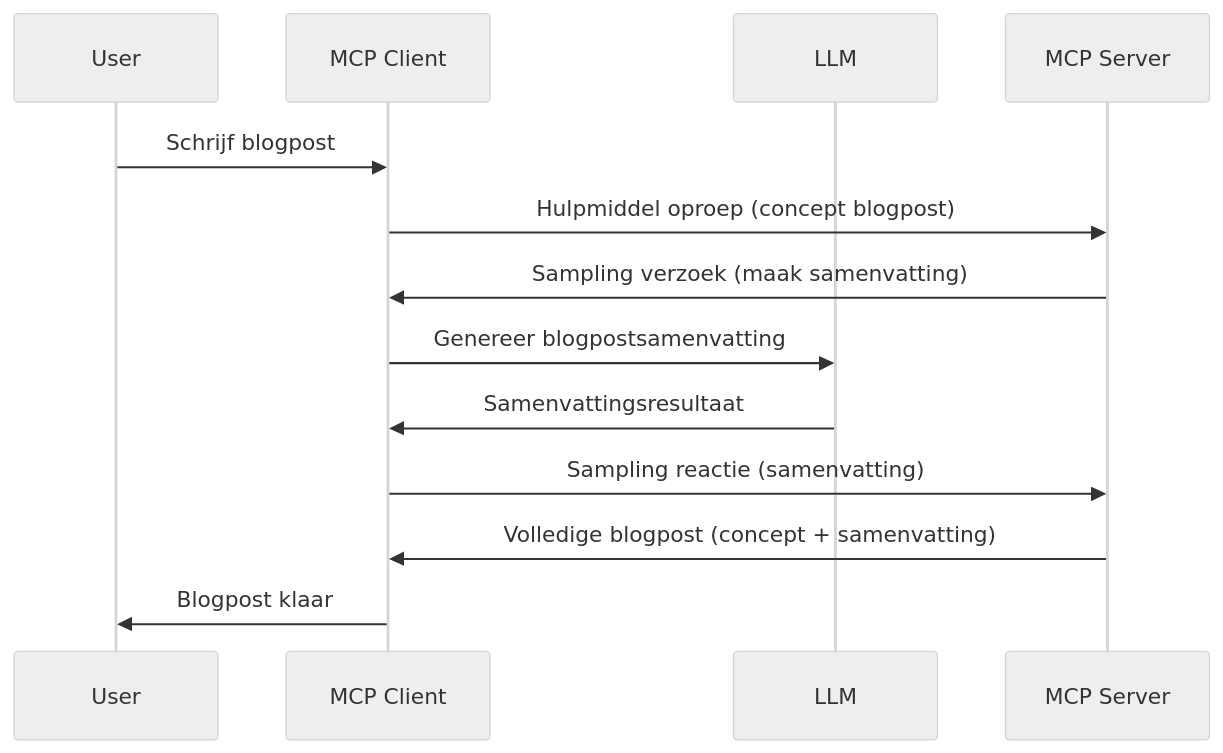
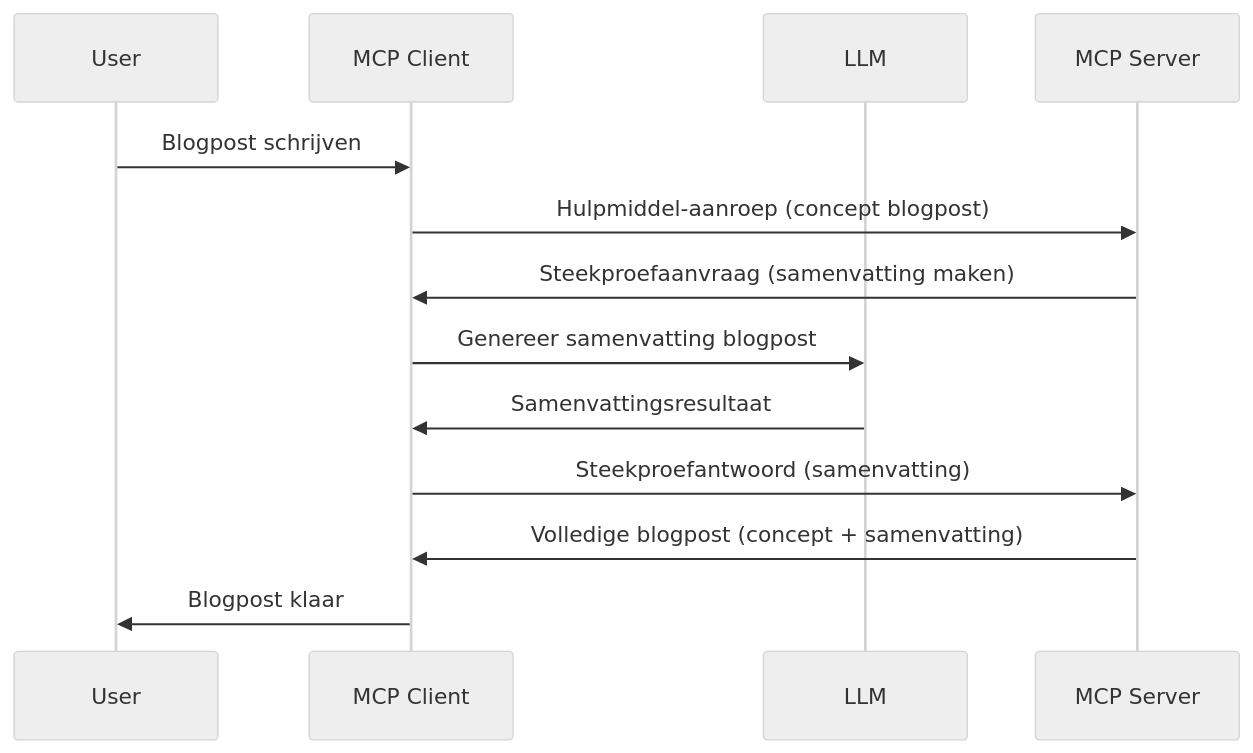
One commit to HIDORAKAI002/ai-workspace-archive changed the diagram in mcp_ecosystem__model_context_protocol/mcp_learning_resources/mcp-for-beginners/translations/nl/03-GettingStarted/14-sampling/README.md. Above: the diagram before and after it, drawn with Mermaid (neutral theme). The commit also changed other lines of this file and 1539 other files, not shown here.

````diff
--- a/mcp_ecosystem__model_context_protocol/mcp_learning_resources/mcp-for-beginners/translations/nl/03-GettingStarted/14-sampling/README.md
+++ b/mcp_ecosystem__model_context_protocol/mcp_learning_resources/mcp-for-beginners/translations/nl/03-GettingStarted/14-sampling/README.md
@@ -23,16 +23,16 @@
 ```mermaid
 sequenceDiagram
     participant User
     participant MCP Client
     participant LLM
     participant MCP Server
 
-    User->>MCP Client: Schrijf blogpost
-    MCP Client->>MCP Server: Hulpmiddel oproep (concept blogpost)
-    MCP Server->>MCP Client: Sampling verzoek (maak samenvatting)
-    MCP Client->>LLM: Genereer blogpostsamenvatting
+    User->>MCP Client: Blogpost schrijven
+    MCP Client->>MCP Server: Hulpmiddel-aanroep (concept blogpost)
+    MCP Server->>MCP Client: Steekproefaanvraag (samenvatting maken)
+    MCP Client->>LLM: Genereer samenvatting blogpost
     LLM->>MCP Client: Samenvattingsresultaat
-    MCP Client->>MCP Server: Sampling reactie (samenvatting)
+    MCP Client->>MCP Server: Steekproefantwoord (samenvatting)
     MCP Server->>MCP Client: Volledige blogpost (concept + samenvatting)
     MCP Client->>User: Blogpost klaar
 ```
````
